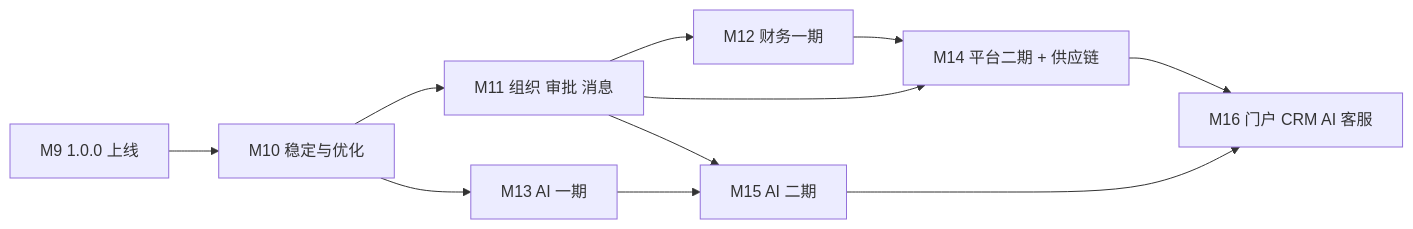
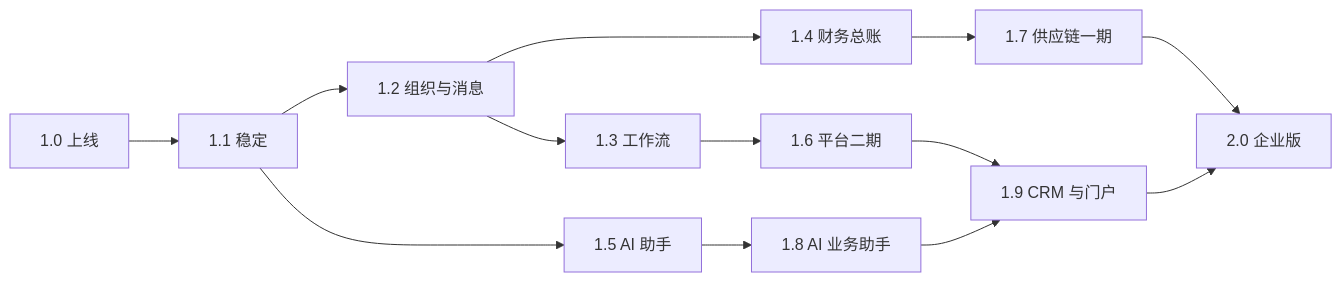
One commit to qingyu6688/qiheng-erp changed the diagram in docs/开发计划.md. Above: the diagram before and after it, drawn with Mermaid. The commit also changed other lines of this file and 6 other files, not shown here.

````diff
--- a/docs/开发计划.md
+++ b/docs/开发计划.md
@@ -50,13 +70,14 @@
 ```mermaid
 flowchart LR
-  M9[M9 1.0.0 上线] --> M10[M10 稳定与优化]
-  M10 --> M11[M11 组织 审批 消息]
-  M11 --> M12[M12 财务一期]
-  M10 --> M13[M13 AI 一期]
-  M11 --> M14[M14 平台二期 + 供应链]
-  M12 --> M14
-  M13 --> M15[M15 AI 二期]
-  M11 --> M15
-  M14 --> M16[M16 门户 CRM AI 客服]
-  M15 --> M16
+  V10[1.0 上线] --> V11[1.1 稳定]
+  V11 --> V12[1.2 组织与消息] --> V13[1.3 工作流]
+  V12 --> V14[1.4 财务总账]
+  V11 --> V15[1.5 AI 助手]
+  V13 --> V16[1.6 平台二期]
+  V14 --> V17[1.7 供应链一期]
+  V15 --> V18[1.8 AI 业务助手]
+  V16 --> V19[1.9 CRM 与门户]
+  V18 --> V19
+  V17 --> V20[2.0 企业版]
+  V19 --> V20
 ```
````
